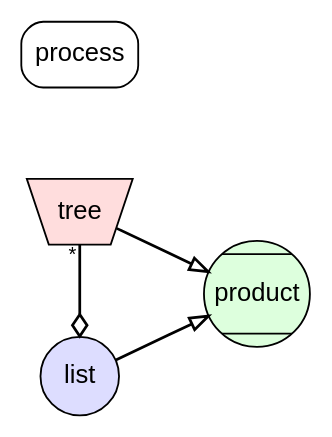
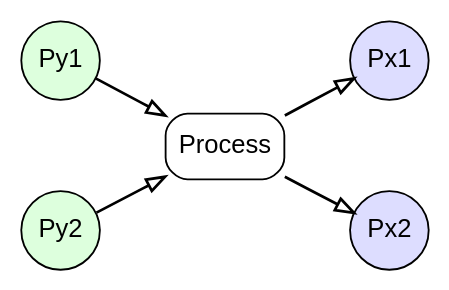
One commit to drautzburg/currychicken changed the diagram in opal/ProductsSymbols.dot. Above: the diagram before and after it, drawn with Graphviz. The commit also changed 4 other files, not shown here.

```diff
--- a/opal/ProductsSymbols.dot
+++ b/opal/ProductsSymbols.dot
@@ -1,29 +1,28 @@
 digraph d {
 	nodesep=0.7
+	rankdir=LR
 	node [fontname = "Arial"];
 	edge [fontname = "Arial", fontsize=11,color=black, penwidth=1.5, weight=1];
 
-	rankdir=LR
-	subgraph nest {
-		node [shape=invtrapezium, style=filled, fillcolor="#FFDDDD", fixedsize=true, width=0.8]
-		tree
-		}		
-	subgraph list {
+	subgraph prodIn {
 		node [shape=circle, style=filled, fillcolor="#DDDDFF", fixedsize=true, width=0.6]
-		list
+		pin1[label=Px1]
+		pin2[label=Px2]
 		}
-	subgraph product {
-		node [shape=Mcircle, style=filled, fillcolor="#DDFFDD", fixedsize=true, width=0.8]
-		product
+
+	subgraph prodOur {
+		node [shape=circle, style=filled, fillcolor="#DDFFDD", fixedsize=true, width=0.6]
+		pout1[label=Py1]
+		pout2[label=Py2]
 		}
 
 	subgraph process {
-		node [shape=box, style=rounded]
+		node [label="Process" shape=box, style=rounded]
 		process
 	}
 
-	{rank=same; list tree}
-	list -> product [arrowhead=onormal]
-	tree -> product [arrowhead=onormal]
-	tree -> list [arrowhead=odiamond, taillabel="* "]
+	pout1 -> process [arrowhead=onormal]
+	pout2 -> process [arrowhead=onormal]
+	process -> pin1 [arrowhead=onormal]
+	process -> pin2 [arrowhead=onormal]
 }
```
